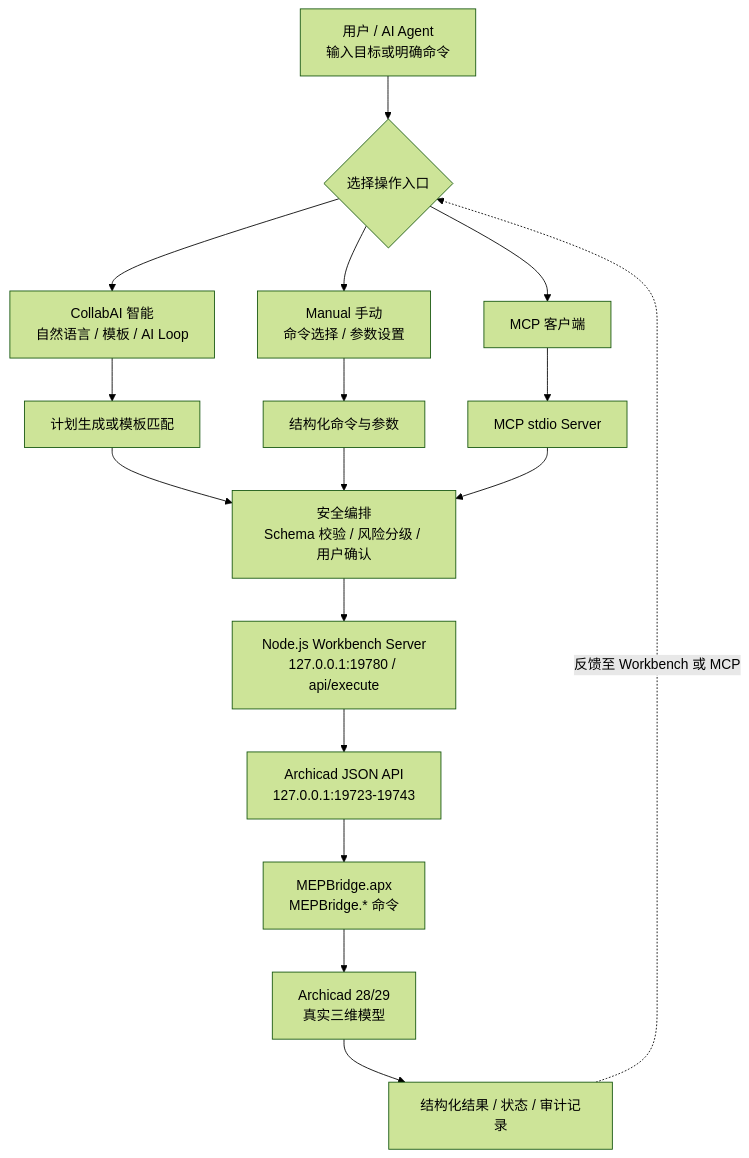
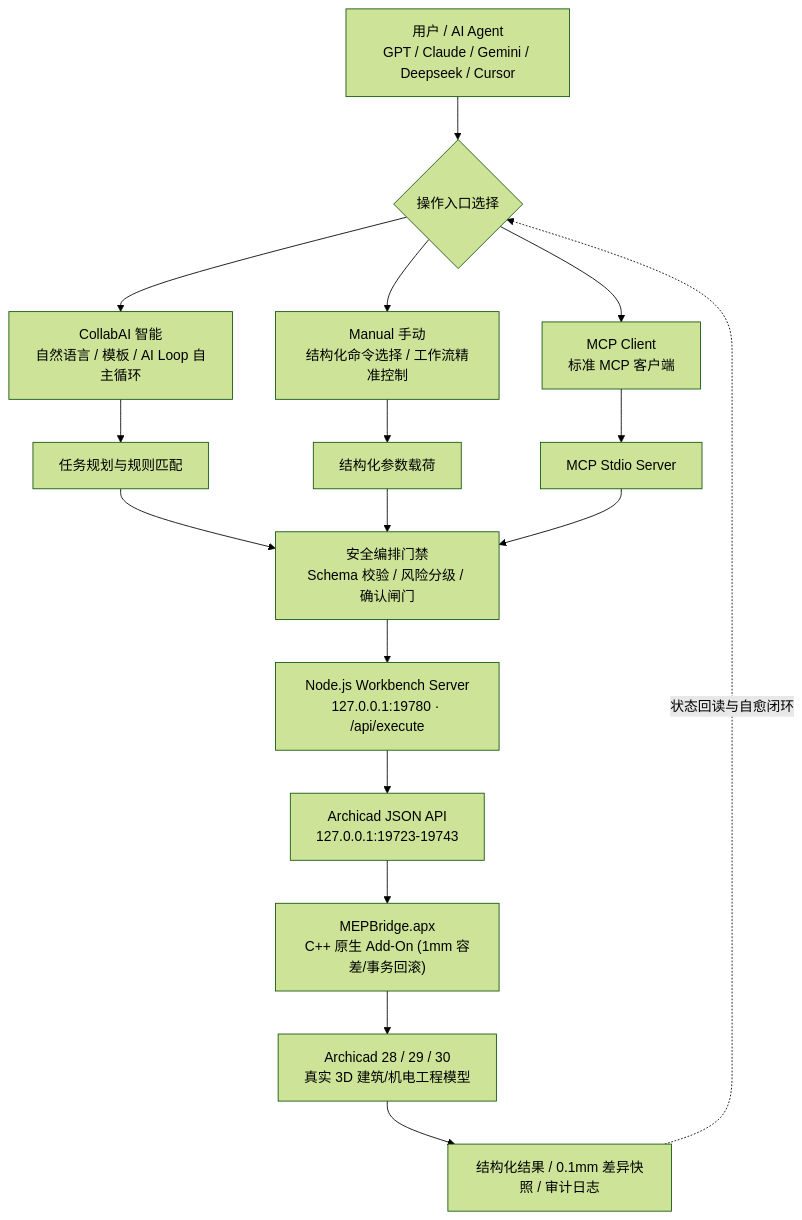
One commit to bleufeng/mepbridge-acaistr changed the diagram in README.zh-CN.md. Above: the diagram before and after it, drawn with Mermaid (forest theme). The commit also changed other lines of this file and 3 other files, not shown here.

````diff
--- a/README.zh-CN.md
+++ b/README.zh-CN.md
@@ -105,19 +108,19 @@
 ```mermaid
 flowchart TB
-    A["用户 / AI Agent<br/>输入目标或明确命令"] --> B{"选择操作入口"}
-    B --> C["CollabAI 智能<br/>自然语言 / 模板 / AI Loop"]
-    B --> D["Manual 手动<br/>命令选择 / 参数设置"]
-    B --> E["MCP 客户端"]
-    E --> F["MCP stdio Server"]
-    C --> G["计划生成或模板匹配"]
-    D --> H["结构化命令与参数"]
-    G --> I["安全编排<br/>Schema 校验 / 风险分级 / 用户确认"]
+    A["用户 / AI Agent<br/>GPT / Claude / Gemini / Deepseek / Cursor"] --> B{"操作入口选择"}
+    B --> C["CollabAI 智能<br/>自然语言 / 模板 / AI Loop 自主循环"]
+    B --> D["Manual 手动<br/>结构化命令选择 / 工作流精准控制"]
+    B --> E["MCP Client<br/>标准 MCP 客户端"]
+    E --> F["MCP Stdio Server"]
+    C --> G["任务规划与规则匹配"]
+    D --> H["结构化参数载荷"]
+    G --> I["安全编排门禁<br/>Schema 校验 / 风险分级 / 确认闸门"]
     H --> I
     F --> I
-    I --> J["Node.js Workbench Server<br/>127.0.0.1:19780 / api/execute"]
+    I --> J["Node.js Workbench Server<br/>127.0.0.1:19780 · /api/execute"]
     J --> K["Archicad JSON API<br/>127.0.0.1:19723-19743"]
-    K --> L["MEPBridge.apx<br/>MEPBridge.* 命令"]
-    L --> M["Archicad 28/29<br/>真实三维模型"]
-    M --> N["结构化结果 / 状态 / 审计记录"]
-    N -. "反馈至 Workbench 或 MCP" .-> B
+    K --> L["MEPBridge.apx<br/>C++ 原生 Add-On (1mm 容差/事务回滚)"]
+    L --> M["Archicad 28 / 29 / 30<br/>真实 3D 建筑/机电工程模型"]
+    M --> N["结构化结果 / 0.1mm 差异快照 / 审计日志"]
+    N -. "状态回读与自愈闭环" .-> B
 ```
````
